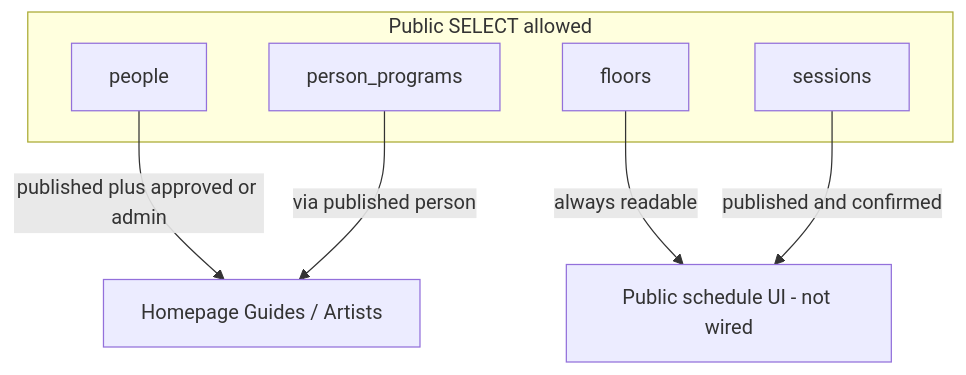
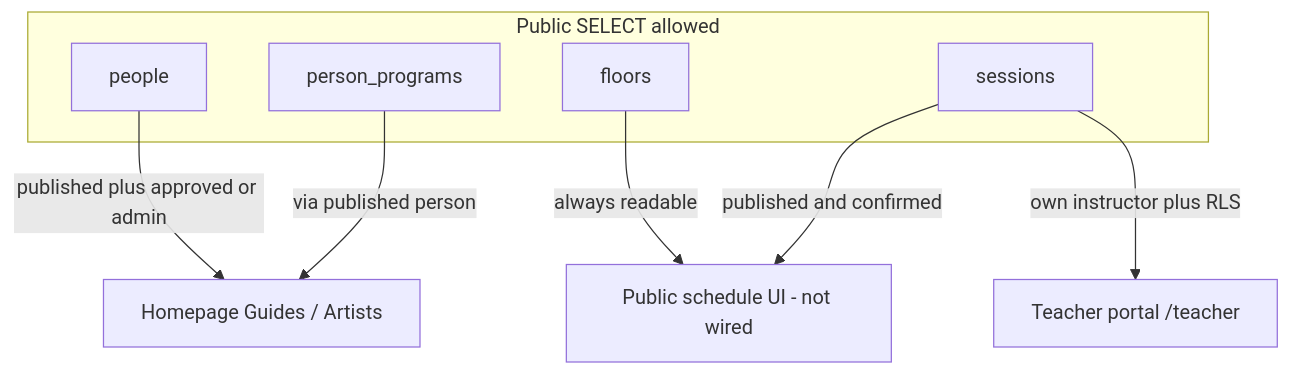
Before and after one commit to greatgiho/thewellnesskorea: the third of 3 diagrams in docs/database-erd.md, drawn with Mermaid. The commit also changed other lines of this file and 29 other files, not shown here.

First line of the commit message:
Add teacher portal with schedule dashboard and account provisioning.

````diff
--- a/docs/database-erd.md
+++ b/docs/database-erd.md
@@ -173,14 +173,15 @@
 ```mermaid
 flowchart TD
     subgraph public_read [Public SELECT allowed]
         P[people]
         PP[person_programs]
         F[floors]
         S[sessions]
     end
 
     P -->|published plus approved or admin| HP[Homepage Guides / Artists]
     PP -->|via published person| HP
     F -->|always readable| PS[Public schedule UI - not wired]
     S -->|published and confirmed| PS
+    S -->|own instructor plus RLS| TP[Teacher portal /teacher]
 ```
````
